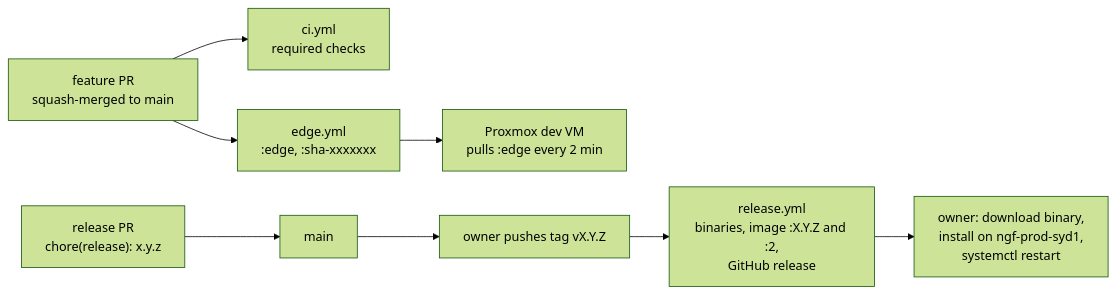
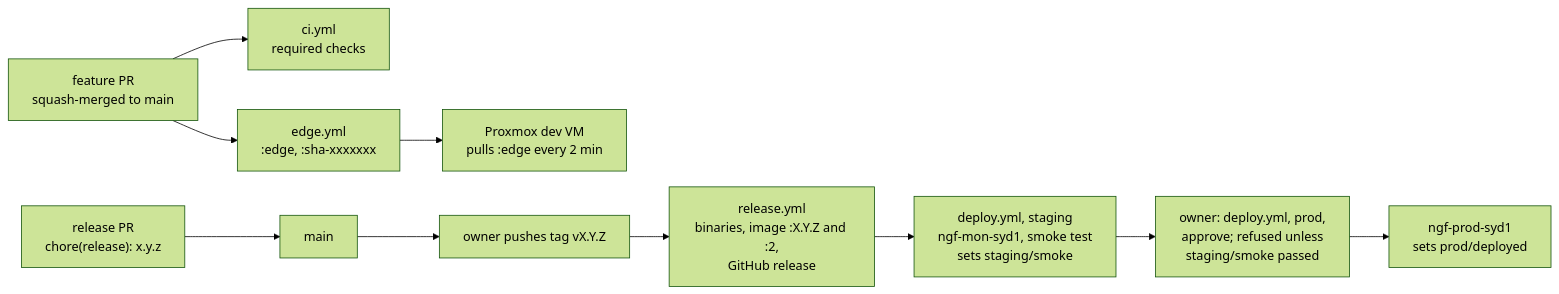
Before and after one commit to NinjaGoldfinch/riot-proxy: the diagram in docs/workflows/release-process.md, drawn with Mermaid (forest theme). The commit also changed other lines of this file and 13 other files, not shown here.

First line of the commit message:
ci(deploy): every release deploys to staging, and prod takes only what passed (DEP-05) (#252)

````diff
--- a/docs/workflows/release-process.md
+++ b/docs/workflows/release-process.md
@@ -5,10 +5,12 @@
 ```mermaid
 flowchart LR
     pr["feature PR<br/>squash-merged to main"] --> ci["ci.yml<br/>required checks"]
     pr --> edge["edge.yml<br/>:edge, :sha-xxxxxxx"]
     edge --> vm["Proxmox dev VM<br/>pulls :edge every 2 min"]
     rel["release PR<br/>chore(release): x.y.z"] --> main["main"]
     main --> tag["owner pushes tag vX.Y.Z"]
     tag --> relwf["release.yml<br/>binaries, image :X.Y.Z and :2,<br/>GitHub release"]
-    relwf --> human["owner: download binary,<br/>install on ngf-prod-syd1,<br/>systemctl restart"]
+    relwf --> stg["deploy.yml, staging<br/>ngf-mon-syd1, smoke test<br/>sets staging/smoke"]
+    stg --> human["owner: deploy.yml, prod,<br/>approve; refused unless<br/>staging/smoke passed"]
+    human --> prod["ngf-prod-syd1<br/>sets prod/deployed"]
 ```
````
